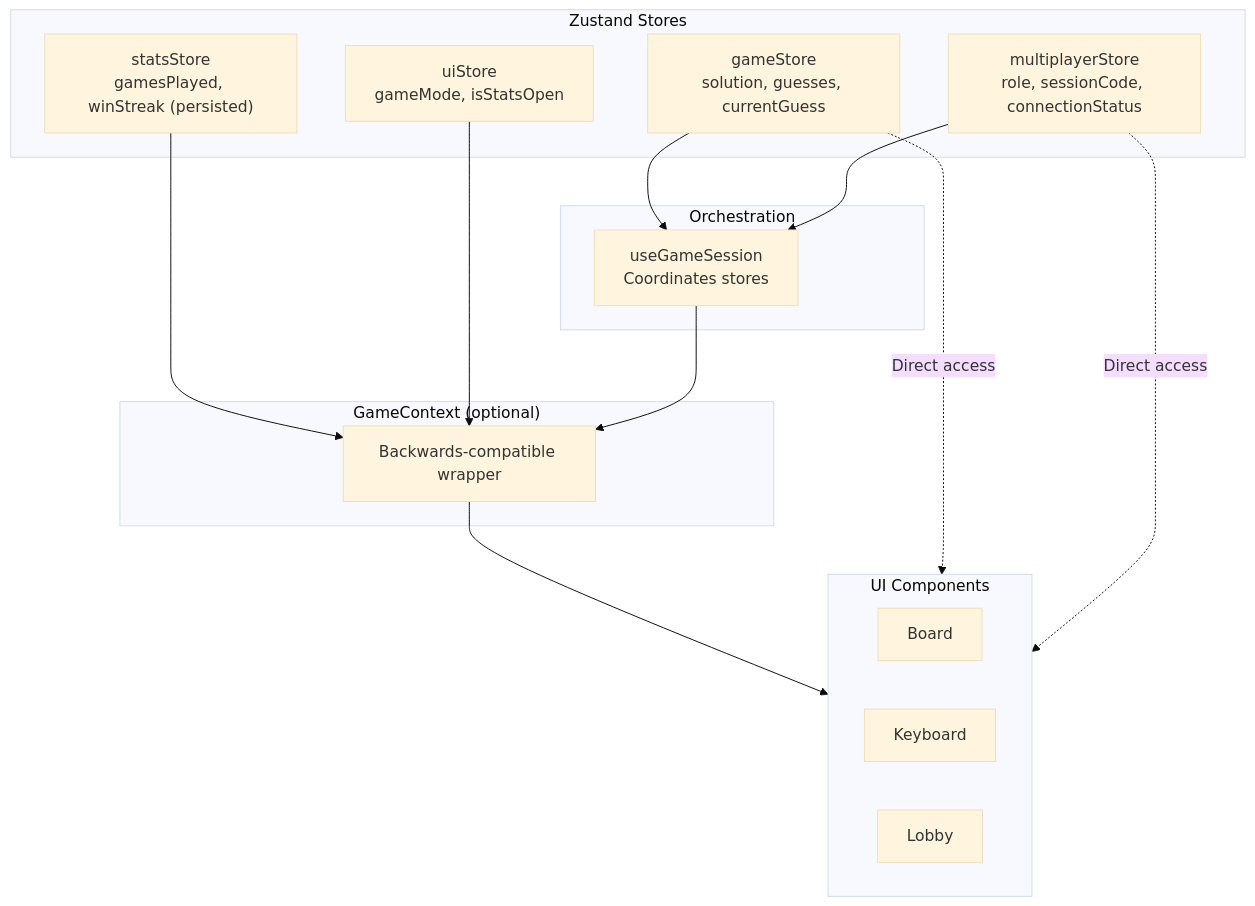
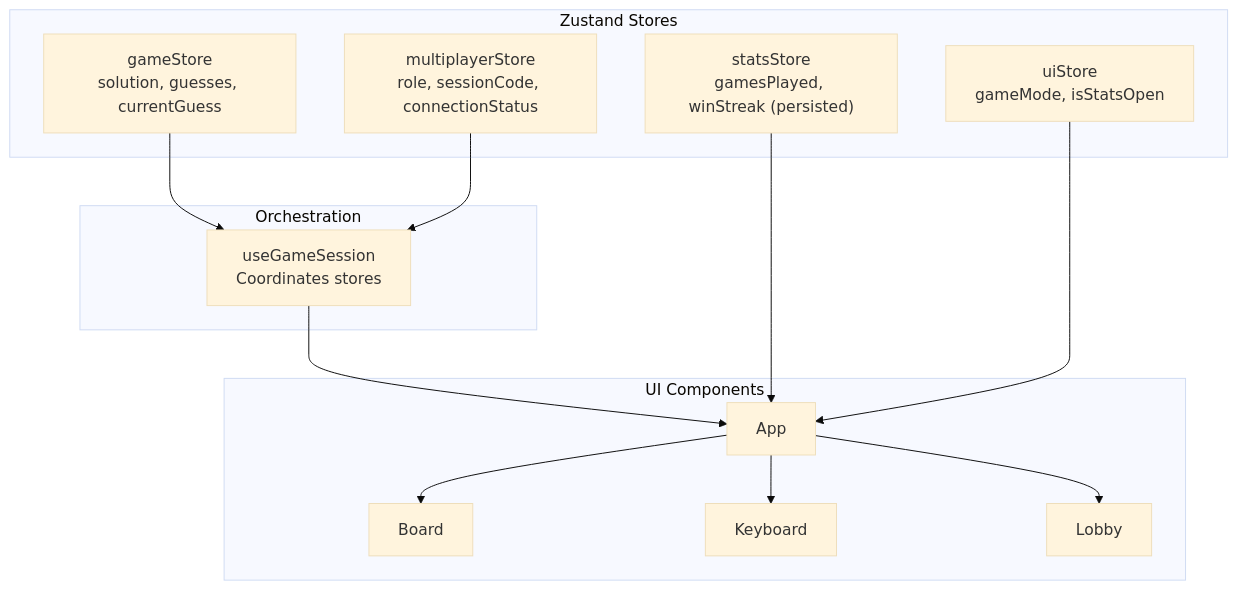
One commit to AllyMurray/gamehub changed the third of 8 diagrams in README.md. Above: the diagram before and after it, drawn with Mermaid (base theme). The commit also changed other lines of this file and 3 other files, not shown here.

First line of the commit message:
refactor: Remove GameContext, use stores directly

````diff
--- a/README.md
+++ b/README.md
@@ -171,32 +169,29 @@
 ```mermaid
 flowchart TB
     subgraph Stores["Zustand Stores"]
         GS["gameStore<br/>solution, guesses, currentGuess"]
         MS["multiplayerStore<br/>role, sessionCode, connectionStatus"]
         SS["statsStore<br/>gamesPlayed, winStreak (persisted)"]
         US["uiStore<br/>gameMode, isStatsOpen"]
     end
 
     subgraph Hooks["Orchestration"]
         UGS["useGameSession<br/>Coordinates stores"]
     end
 
-    subgraph Context["GameContext (optional)"]
-        GC["Backwards-compatible wrapper"]
-    end
-
     subgraph Components["UI Components"]
+        App
         Board
         Keyboard
         Lobby
     end
 
     GS --> UGS
     MS --> UGS
-    SS --> GC
-    US --> GC
-    UGS --> GC
-    GC --> Components
-    GS -.-> |"Direct access"| Components
-    MS -.-> |"Direct access"| Components
+    UGS --> App
+    SS --> App
+    US --> App
+    App --> Board
+    App --> Keyboard
+    App --> Lobby
 ```
````
